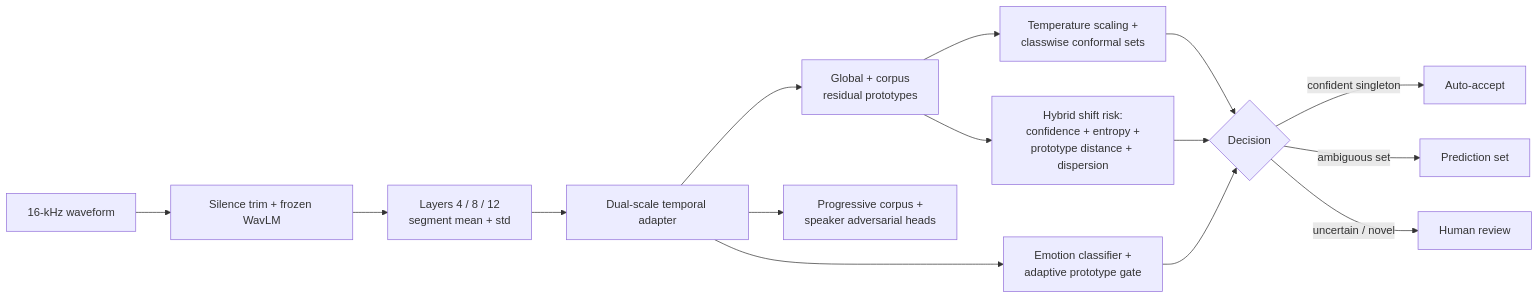
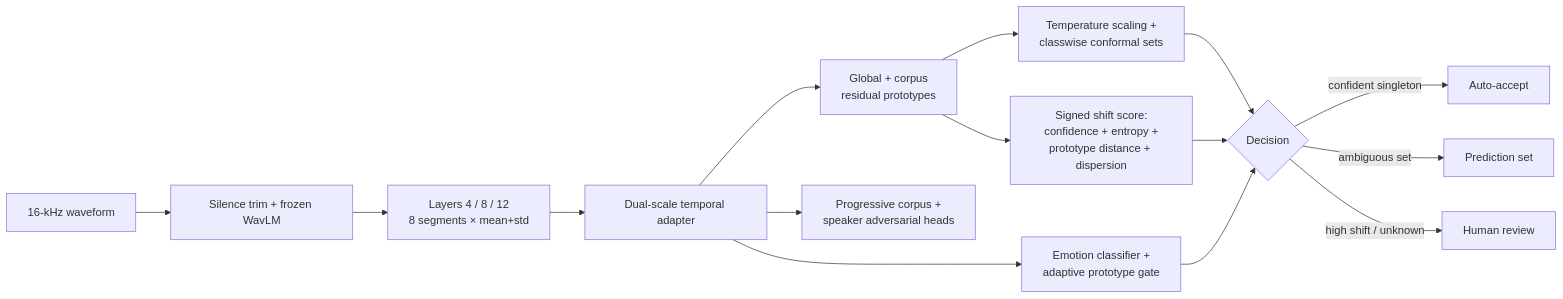
Before and after one commit to Mind-Twister-Wizard/AffectBridge-UQ: the diagram in README.md, drawn with Mermaid. The commit also changed other lines of this file, not shown here.

````diff
--- a/README.md
+++ b/README.md
@@ -58,17 +58,17 @@
 ```mermaid
 flowchart LR
     A[16-kHz waveform] --> B[Silence trim + frozen WavLM]
-    B --> C[Layers 4 / 8 / 12\nsegment mean + std]
+    B --> C[Layers 4 / 8 / 12\n8 segments × mean+std]
     C --> D[Dual-scale temporal adapter]
     D --> E[Global + corpus\nresidual prototypes]
     D --> F[Progressive corpus +\nspeaker adversarial heads]
     D --> G[Emotion classifier +\nadaptive prototype gate]
     E --> H[Temperature scaling +\nclasswise conformal sets]
-    E --> I[Hybrid shift risk:\nconfidence + entropy +\nprototype distance + dispersion]
+    E --> I[Signed shift score:\nconfidence + entropy +\nprototype distance + dispersion]
     H --> J{Decision}
     I --> J
     G --> J
     J -->|confident singleton| K[Auto-accept]
     J -->|ambiguous set| L[Prediction set]
-    J -->|uncertain / novel| M[Human review]
+    J -->|high shift / unknown| M[Human review]
 ```
````
